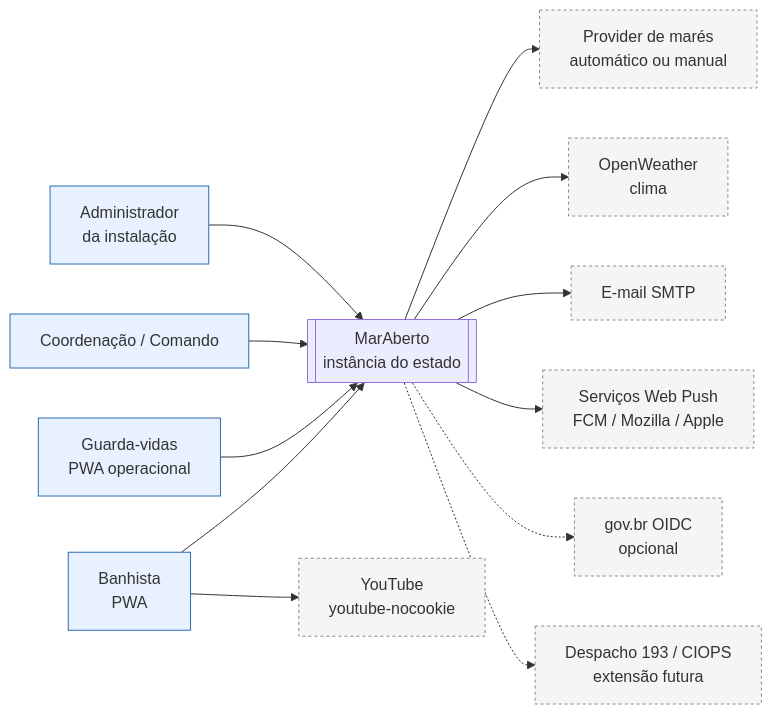
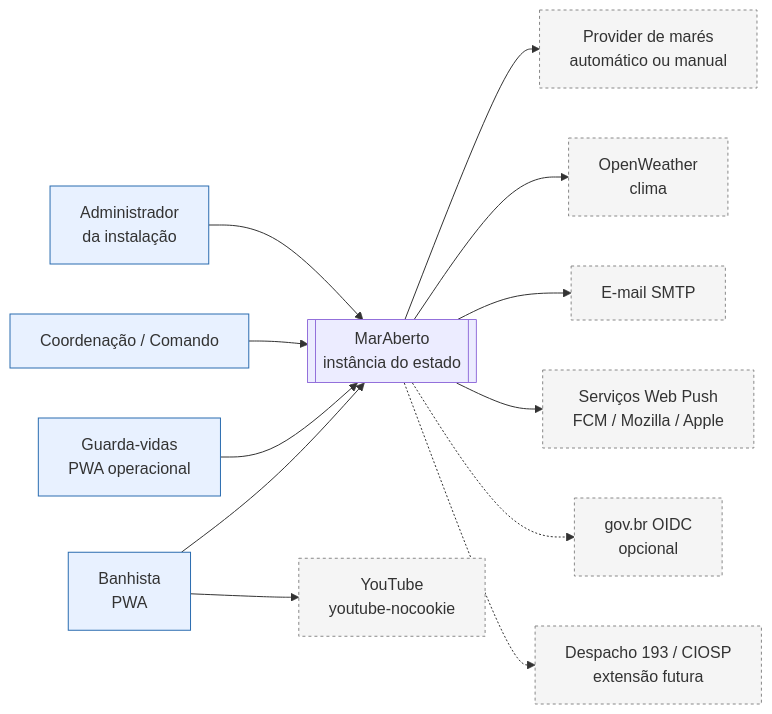
The first of 5 diagrams in docs/Architecture.md (Matheuscrz/MarAberto), drawn with Mermaid before and after one commit. The commit also changed other lines of this file and 188 other files, not shown here.

````diff
--- a/docs/Architecture.md
+++ b/docs/Architecture.md
@@ -73,32 +76,32 @@
 ```mermaid
 flowchart LR
     B[Banhista<br/>PWA]:::person
     G[Guarda-vidas<br/>PWA operacional]:::person
     C[Coordenação / Comando]:::person
     A[Administrador<br/>da instalação]:::person
 
     PS[[MarAberto<br/>instância do estado]]
 
     T[Provider de marés<br/>automático ou manual]:::ext
     W[OpenWeather<br/>clima]:::ext
     Y[YouTube<br/>youtube-nocookie]:::ext
     GOV[gov.br OIDC<br/>opcional]:::ext
     SMTP[E-mail SMTP]:::ext
     WP[Serviços Web Push<br/>FCM / Mozilla / Apple]:::ext
-    D193[Despacho 193 / CIOPS<br/>extensão futura]:::ext
+    D193[Despacho 193 / CIOSP<br/>extensão futura]:::ext
 
     B --> PS
     G --> PS
     C --> PS
     A --> PS
     PS --> T
     PS --> W
     PS --> SMTP
     PS --> WP
     PS -.-> GOV
     PS -.-> D193
     B --> Y
 
     classDef person fill:#e8f1ff,stroke:#2b6cb0;
     classDef ext fill:#f5f5f5,stroke:#888,stroke-dasharray: 3 3;
 ```
````
